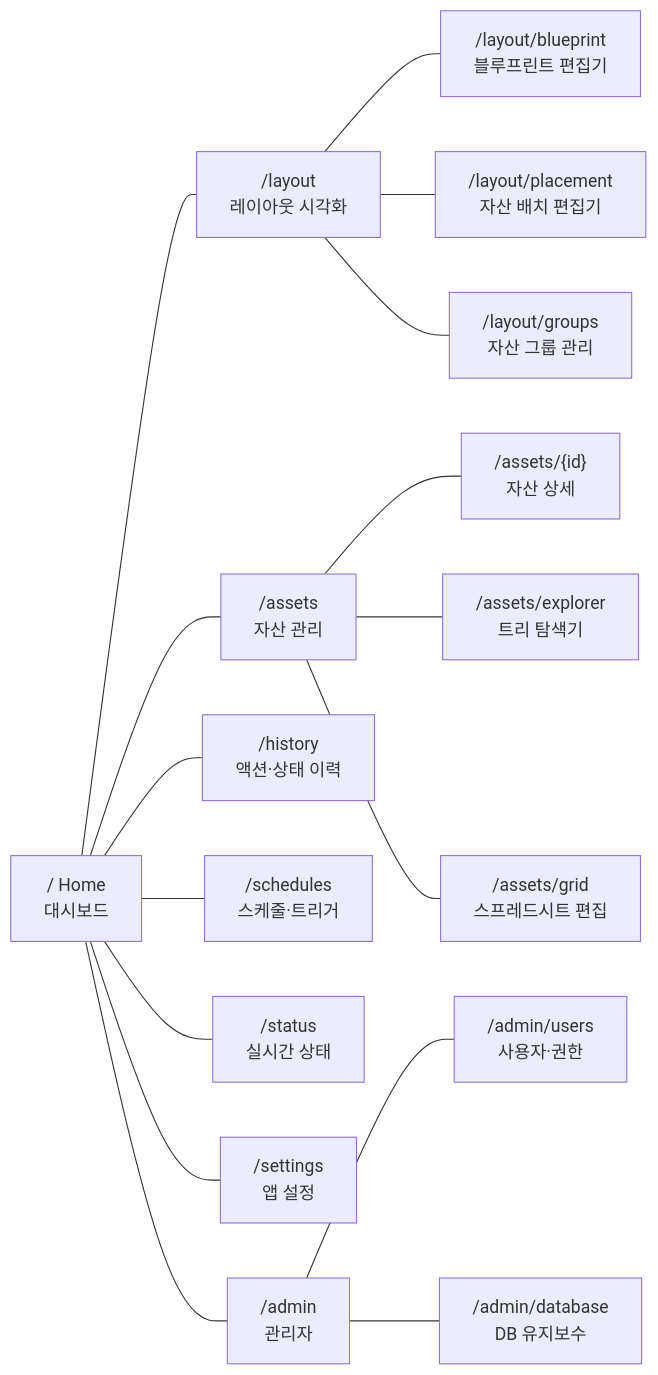
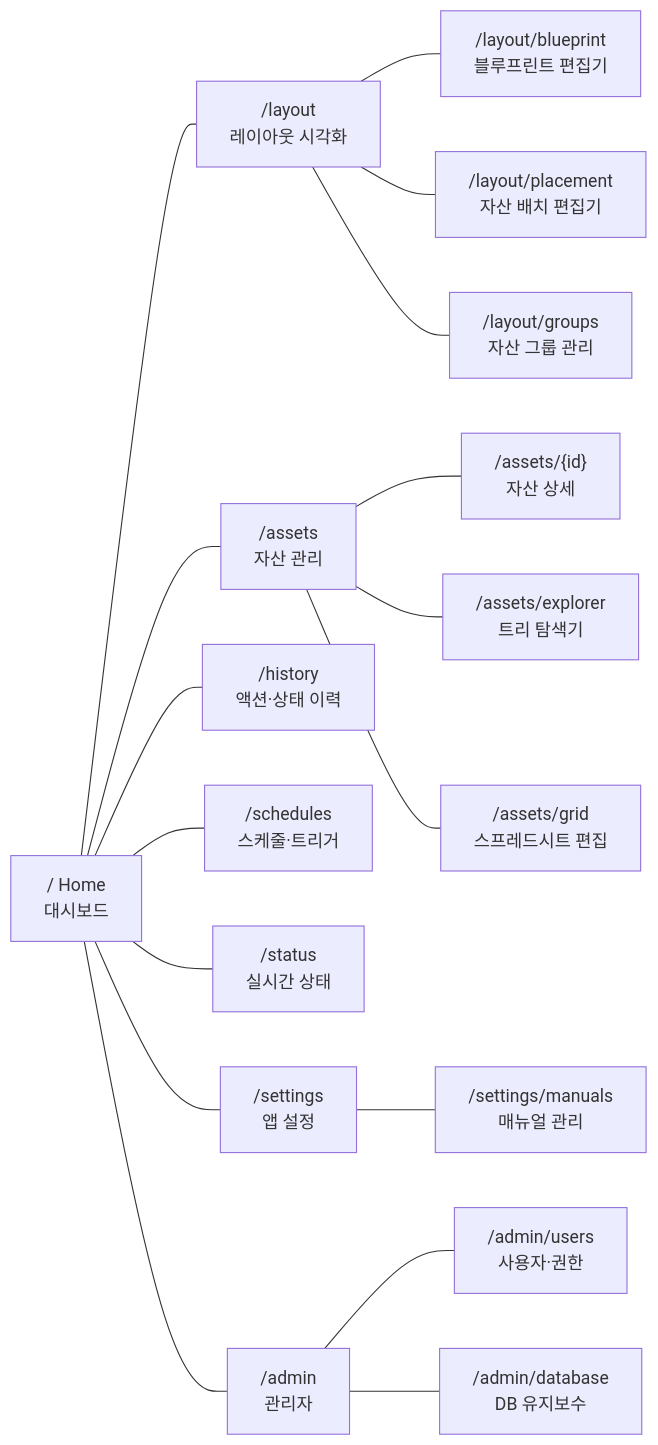
The first of 3 diagrams in README.md (DualsoftDev/twms2), drawn with Mermaid before and after one commit. The commit also changed other lines of this file, not shown here.

````diff
--- a/README.md
+++ b/README.md
@@ -94,24 +101,25 @@
 ```mermaid
 graph LR
     Root["/ Home<br/>대시보드"]
 
     Root --- Layout["/layout<br/>레이아웃 시각화"]
     Layout --- Blueprint["/layout/blueprint<br/>블루프린트 편집기"]
     Layout --- Placement["/layout/placement<br/>자산 배치 편집기"]
     Layout --- Groups["/layout/groups<br/>자산 그룹 관리"]
 
     Root --- Assets["/assets<br/>자산 관리"]
     Assets --- Detail["/assets/{id}<br/>자산 상세"]
     Assets --- Explorer["/assets/explorer<br/>트리 탐색기"]
     Assets --- Grid["/assets/grid<br/>스프레드시트 편집"]
 
     Root --- History["/history<br/>액션·상태 이력"]
     Root --- Schedules["/schedules<br/>스케줄·트리거"]
     Root --- Status["/status<br/>실시간 상태"]
 
     Root --- Settings["/settings<br/>앱 설정"]
+    Settings --- Manuals["/settings/manuals<br/>매뉴얼 관리"]
 
     Root --- Admin["/admin<br/>관리자"]
     Admin --- Users["/admin/users<br/>사용자·권한"]
     Admin --- DB["/admin/database<br/>DB 유지보수"]
 ```
````
